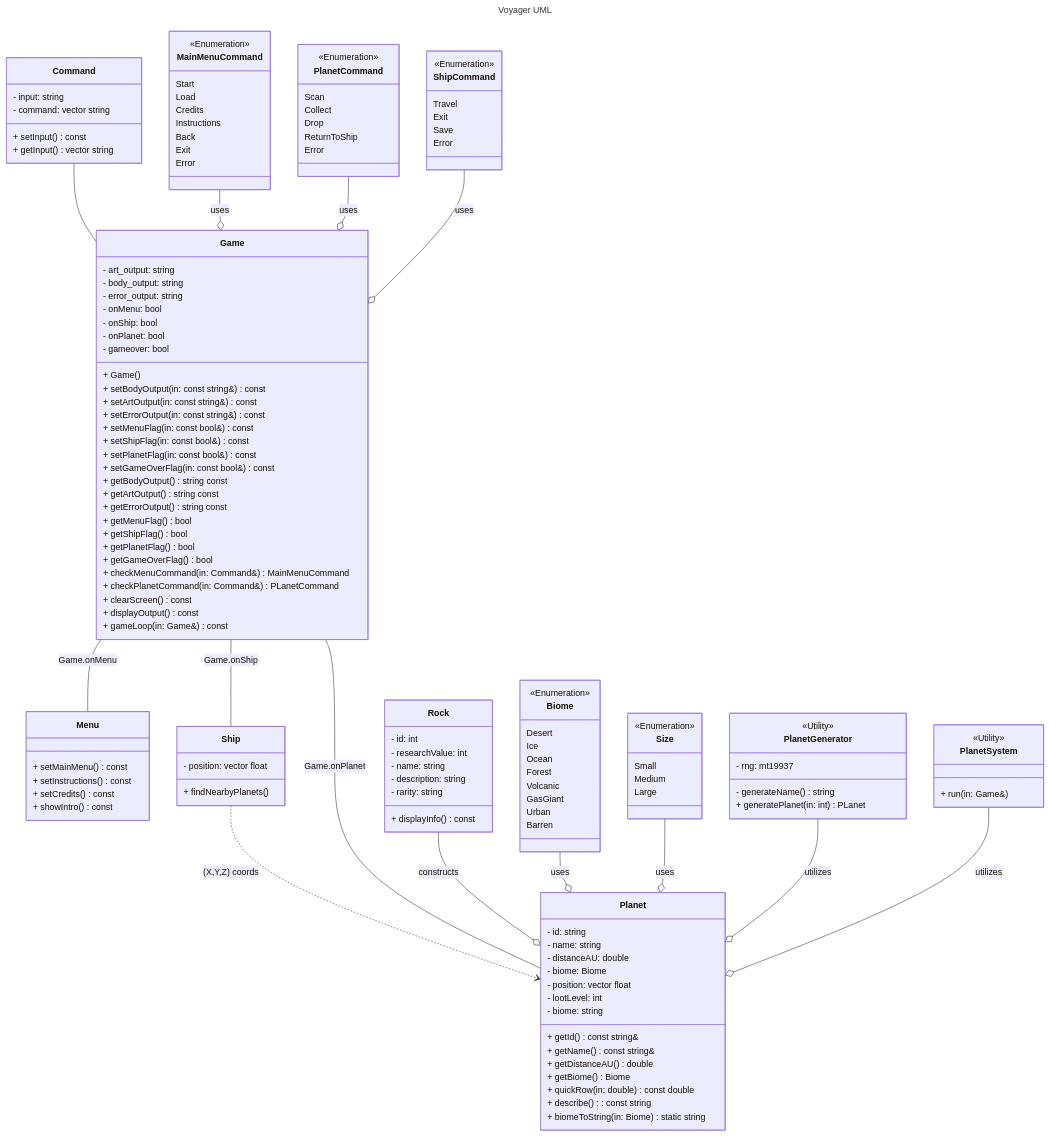
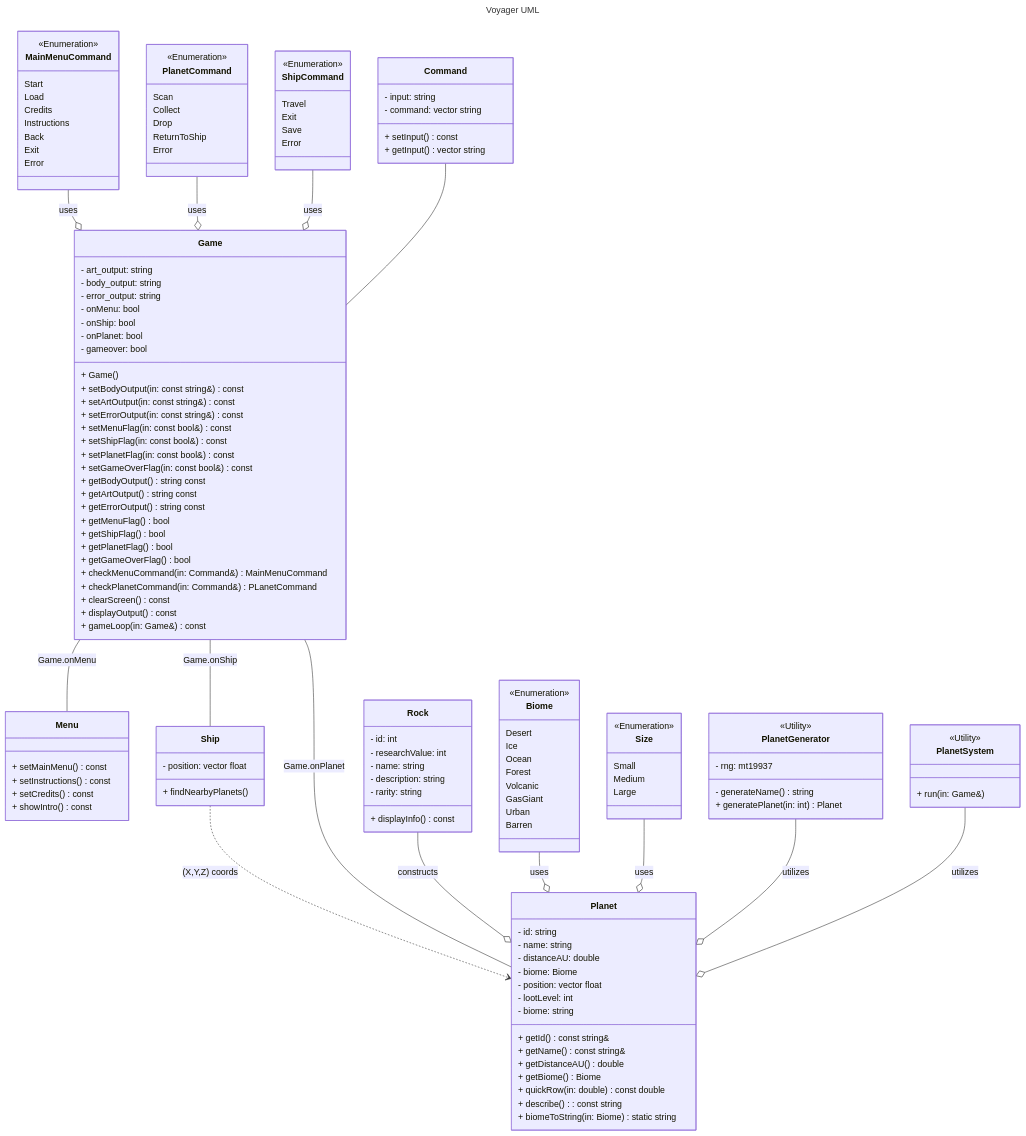
The diagram in Voyager/UML/UML.md (JSyv05/Voyager), drawn with Mermaid before and after one commit. The commit also changed 3 other files, not shown here.

```diff
--- a/Voyager/UML/UML.md
+++ b/Voyager/UML/UML.md
@@ -4,16 +4,12 @@
 ---	
 
 classDiagram
-	Command -- Game
 	MainMenuCommand --o Game : uses
 	PlanetCommand --o Game : uses
 	ShipCommand --o Game : uses
+	Command -- Game
 	Game -- Menu : Game.onMenu
 	Game -- Ship : Game.onShip
-
-
-
-
 	Ship ..> Planet : (X,Y,Z) coords
 	Game -- Planet : Game.onPlanet
 	Rock --o Planet : constructs
@@ -144,7 +140,7 @@
 		<<Utility>>
 		- rng: mt19937
 		- generateName() string
-		+ generatePlanet(in: int) PLanet
+		+ generatePlanet(in: int) Planet
 	}
 	class PlanetSystem{
 		<<Utility>>
```
